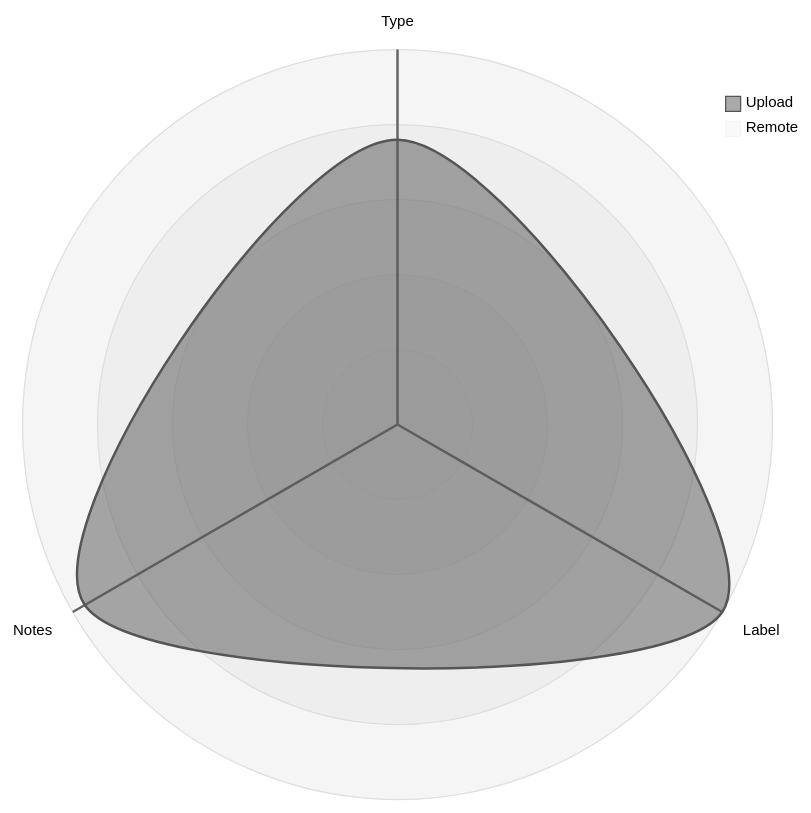
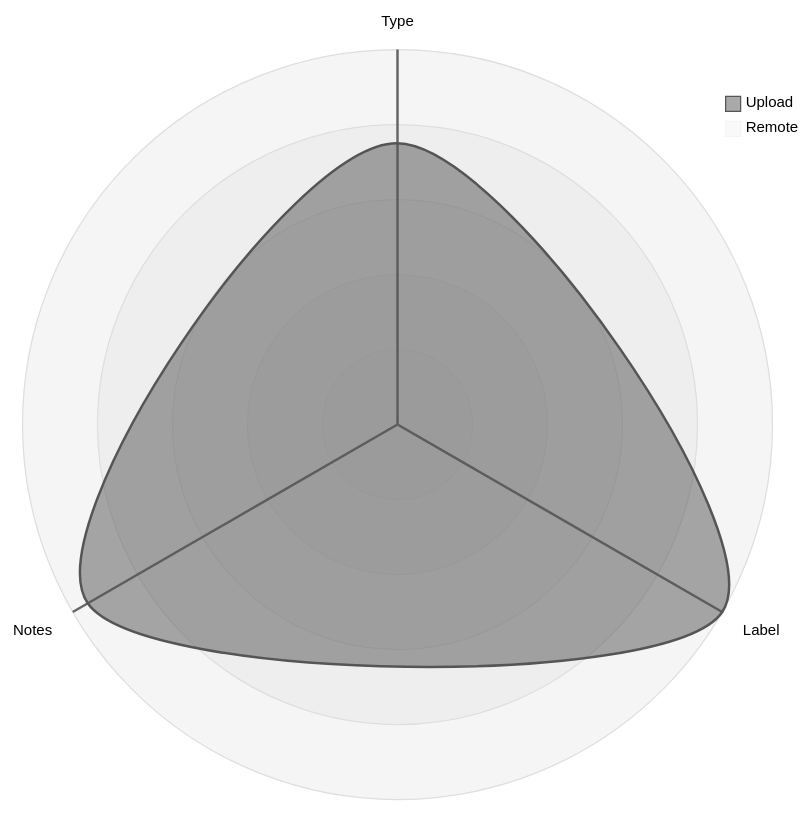
Before and after one commit to open-data/analytics-corporate-reporting: the third of 5 diagrams in datastore_tracker/README.md, drawn with Mermaid (neutral theme). The commit also changed other lines of this file and 7 other files, not shown here.

````diff
--- a/datastore_tracker/README.md
+++ b/datastore_tracker/README.md
@@ -104,12 +104,12 @@
 ```mermaid
 radar-beta
   axis T["Type"], L["Label"], N["Notes"]
-  curve u["Upload"]{0.00082, 0.00108, 0.00104}
+  curve u["Upload"]{0.00081, 0.00108, 0.00103}
   curve r["Remote"]{0, 0, 0}
 
   showLegend true
 
   min 0
   graticule circle
   ticks 5
 ```
````
